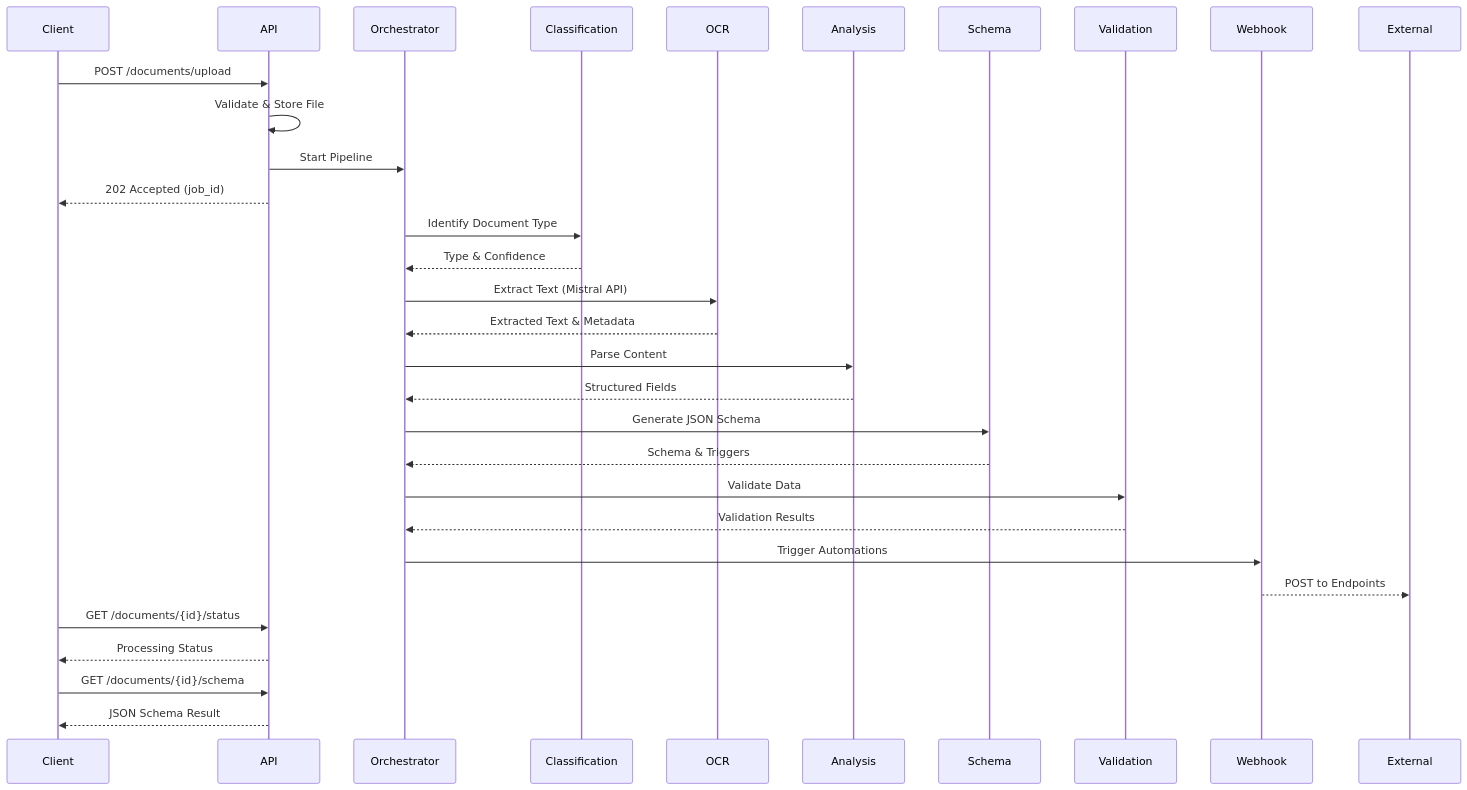
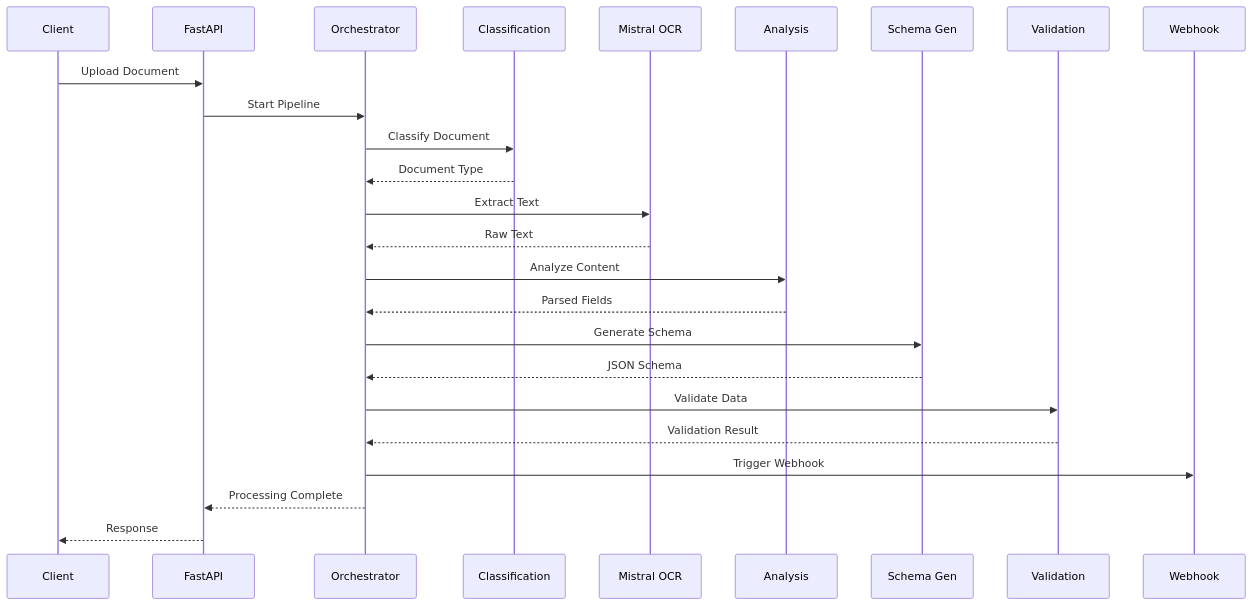
Before and after one commit to Tony363/document-ingestion-agent: the fourth of 4 diagrams in README.md, drawn with Mermaid. The commit also changed other lines of this file and 1 other file, not shown here.

````diff
--- a/README.md
+++ b/README.md
@@ -73,41 +724,28 @@
 ```mermaid
 sequenceDiagram
-    participant Client
-    participant API
-    participant Orchestrator
-    participant Classification
-    participant OCR
-    participant Analysis
-    participant Schema
-    participant Validation
-    participant Webhook
+    participant C as Client
+    participant API as FastAPI
+    participant O as Orchestrator
+    participant CA as Classification
+    participant OCR as Mistral OCR
+    participant AA as Analysis
+    participant SA as Schema Gen
+    participant VA as Validation
+    participant W as Webhook
     
-    Client->>API: POST /documents/upload
-    API->>API: Validate & Store File
-    API->>Orchestrator: Start Pipeline
-    API-->>Client: 202 Accepted (job_id)
-    
-    Orchestrator->>Classification: Identify Document Type
-    Classification-->>Orchestrator: Type & Confidence
-    
-    Orchestrator->>OCR: Extract Text (Mistral API)
-    OCR-->>Orchestrator: Extracted Text & Metadata
-    
-    Orchestrator->>Analysis: Parse Content
-    Analysis-->>Orchestrator: Structured Fields
-    
-    Orchestrator->>Schema: Generate JSON Schema
-    Schema-->>Orchestrator: Schema & Triggers
-    
-    Orchestrator->>Validation: Validate Data
-    Validation-->>Orchestrator: Validation Results
-    
-    Orchestrator->>Webhook: Trigger Automations
-    Webhook-->>External: POST to Endpoints
-    
-    Client->>API: GET /documents/{id}/status
-    API-->>Client: Processing Status
-    
-    Client->>API: GET /documents/{id}/schema
-    API-->>Client: JSON Schema Result
+    C->>API: Upload Document
+    API->>O: Start Pipeline
+    O->>CA: Classify Document
+    CA-->>O: Document Type
+    O->>OCR: Extract Text
+    OCR-->>O: Raw Text
+    O->>AA: Analyze Content
+    AA-->>O: Parsed Fields
+    O->>SA: Generate Schema
+    SA-->>O: JSON Schema
+    O->>VA: Validate Data
+    VA-->>O: Validation Result
+    O->>W: Trigger Webhook
+    O-->>API: Processing Complete
+    API-->>C: Response
 ```
````
